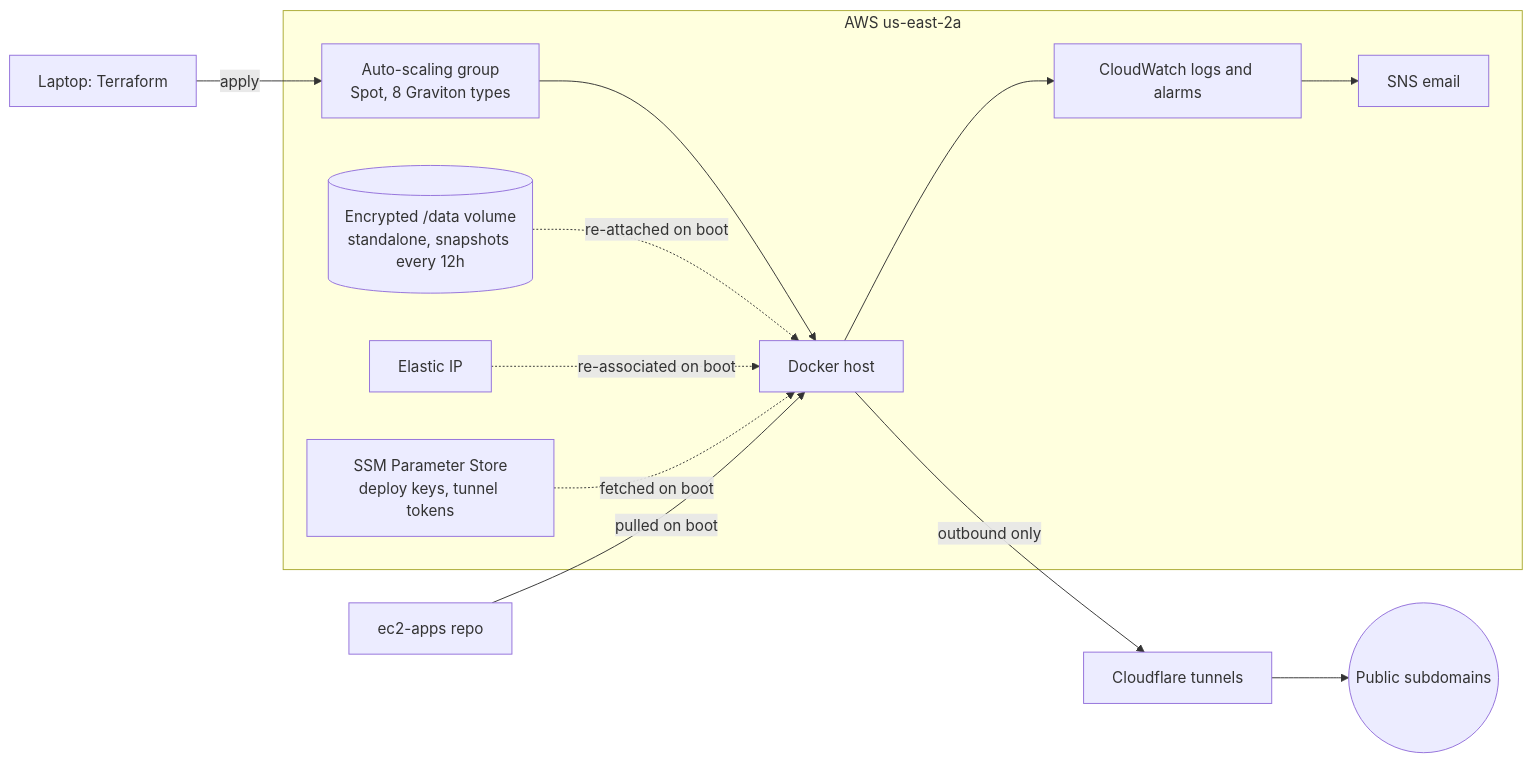
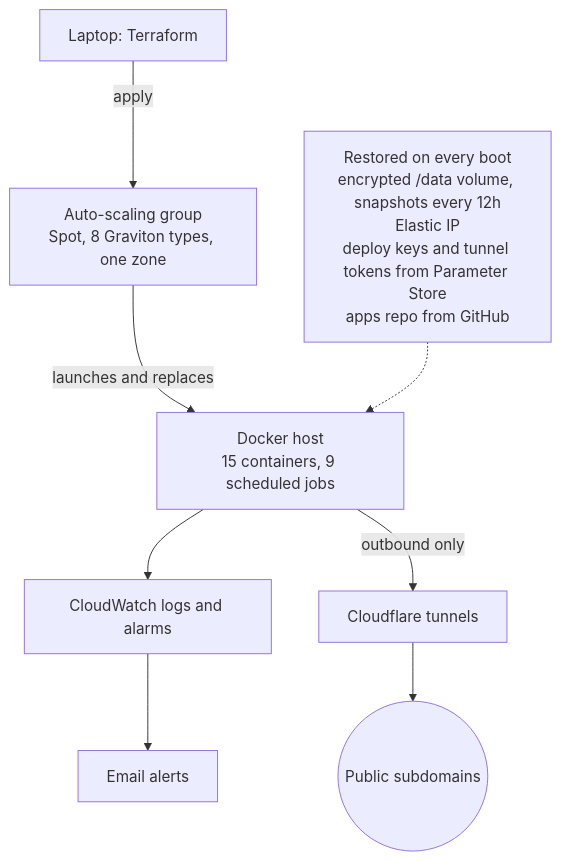
Before and after one commit to bkoester/portfolio: the diagram in projects/live/ec2-platform.md, drawn with Mermaid. The commit also changed other lines of this file and 3 other files, not shown here.

First line of the commit message:
Mark MaxBCG and the EC2 host for the site; compact the EC2 diagram

````diff
--- a/projects/live/ec2-platform.md
+++ b/projects/live/ec2-platform.md
@@ -31,13 +34,8 @@
 ```mermaid
-flowchart LR
-  laptop[Laptop: Terraform] -->|apply| asg
-  subgraph aws[AWS us-east-2a]
-    asg[Auto-scaling group<br/>Spot, 8 Graviton types] --> host[Docker host]
-    ebs[(Encrypted /data volume<br/>standalone, snapshots every 12h)] -. re-attached on boot .-> host
-    eip[Elastic IP] -. re-associated on boot .-> host
-    ssm[SSM Parameter Store<br/>deploy keys, tunnel tokens] -. fetched on boot .-> host
-    host --> cw[CloudWatch logs and alarms] --> sns[SNS email]
-  end
-  github[ec2-apps repo] -->|pulled on boot| host
+flowchart TB
+  laptop[Laptop: Terraform] -->|apply| asg[Auto-scaling group<br/>Spot, 8 Graviton types, one zone]
+  asg -->|launches and replaces| host[Docker host<br/>15 containers, 9 scheduled jobs]
+  boot["Restored on every boot<br/>encrypted /data volume, snapshots every 12h<br/>Elastic IP<br/>deploy keys and tunnel tokens from Parameter Store<br/>apps repo from GitHub"] -.-> host
+  host --> cw[CloudWatch logs and alarms] --> sns[Email alerts]
   host -->|outbound only| cf[Cloudflare tunnels] --> web((Public subdomains))
 ```
````
